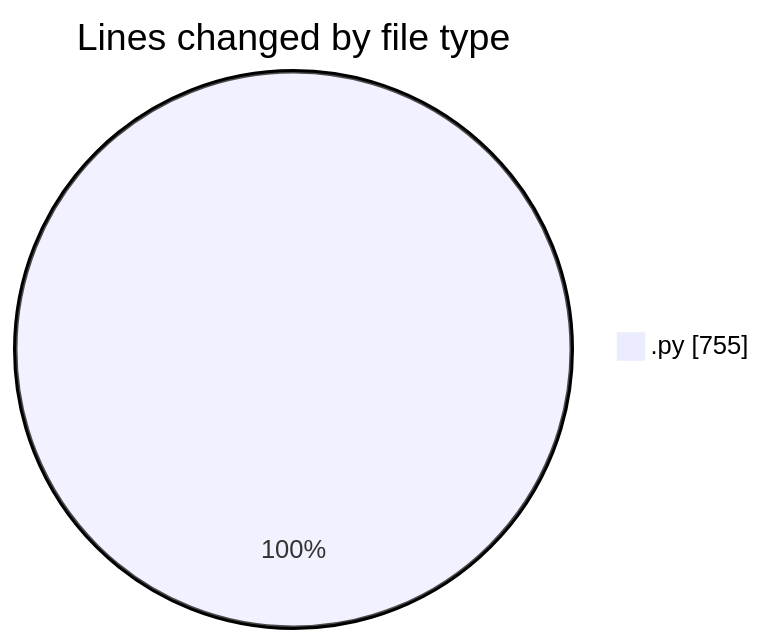
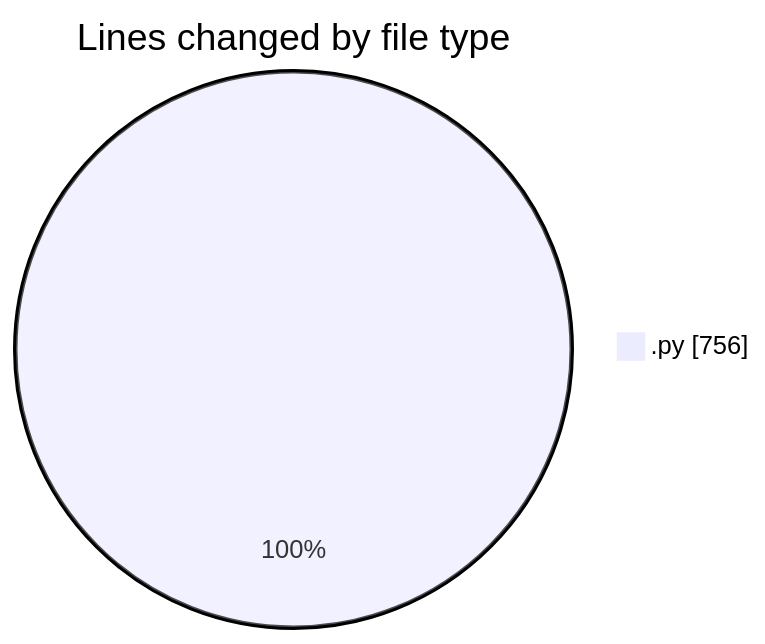
Before and after one commit to julien-gomy/code-tracking: the first of 2 diagrams in 2025-10-22/eventscop-api-guide__workspace_/README.md, drawn with Mermaid. The commit also changed other lines of this file and 1 other file, not shown here.

````diff
--- a/2025-10-22/eventscop-api-guide__workspace_/README.md
+++ b/2025-10-22/eventscop-api-guide__workspace_/README.md
@@ -34,5 +34,5 @@
 ```mermaid
 pie showData
 title Lines changed by file type
-".py" : 755
+".py" : 756
 ```
````
